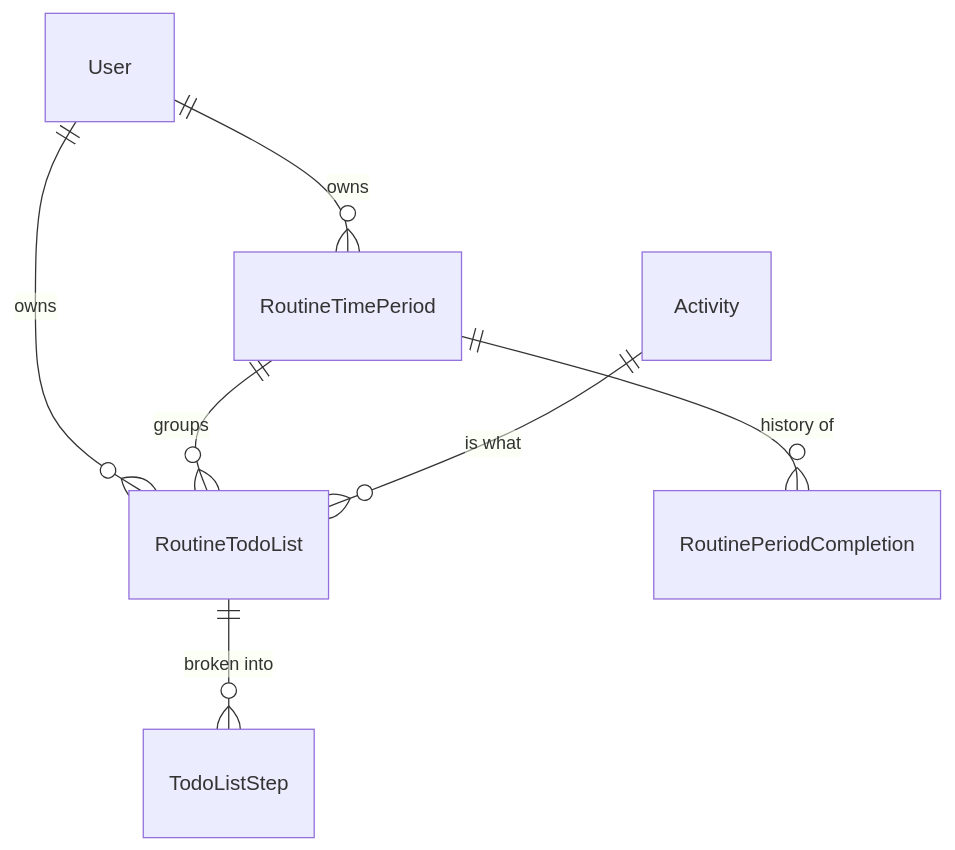
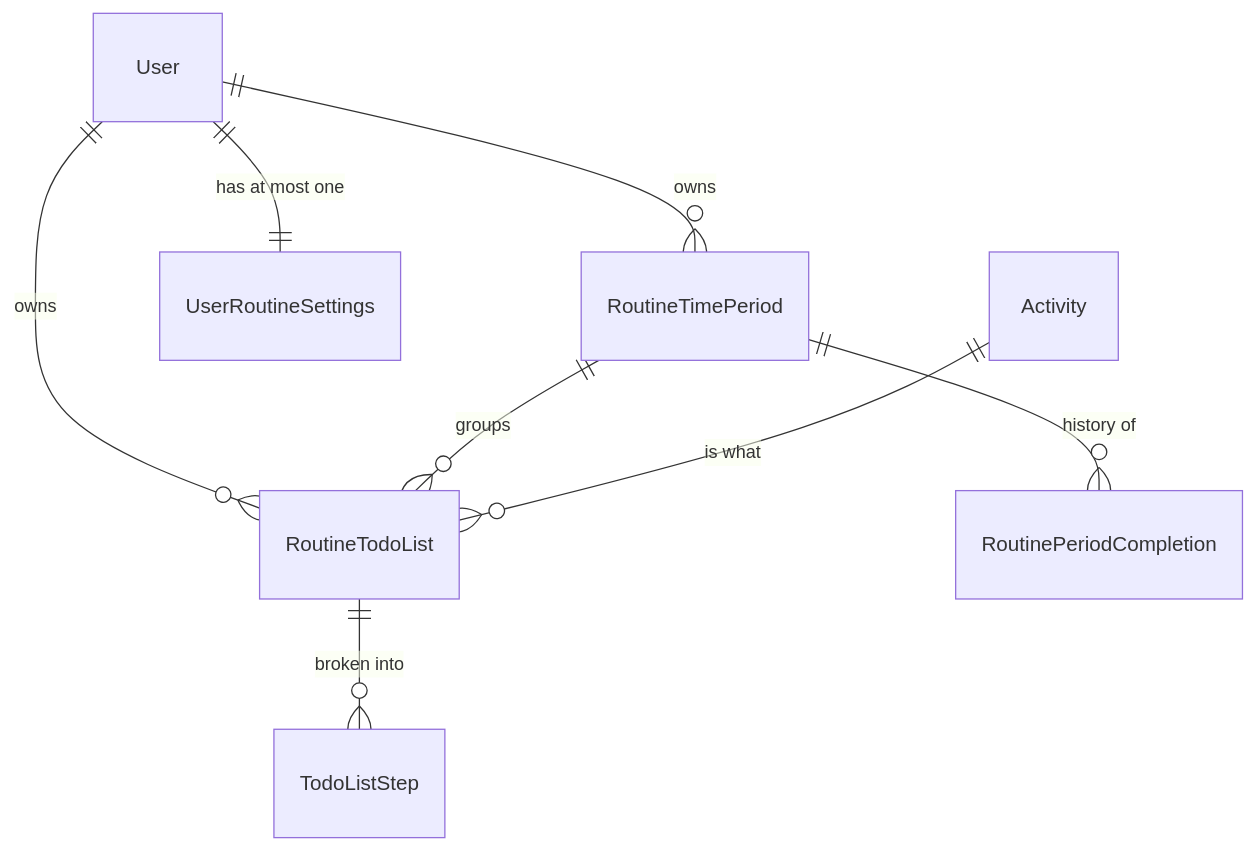
The diagram in AdhdTimeOrganizer.Routines/docs/domain-map.md (sydowwe/AdhdTimeOrganizer_backend), drawn with Mermaid before and after one commit. The commit also changed other lines of this file and 4 other files, not shown here.

````diff
--- a/AdhdTimeOrganizer.Routines/docs/domain-map.md
+++ b/AdhdTimeOrganizer.Routines/docs/domain-map.md
@@ -7,10 +10,11 @@
 ```mermaid
 erDiagram
     User ||--o{ RoutineTimePeriod : owns
     User ||--o{ RoutineTodoList : owns
+    User ||--|| UserRoutineSettings : "has at most one"
 
     RoutineTimePeriod ||--o{ RoutineTodoList : groups
     RoutineTimePeriod ||--o{ RoutinePeriodCompletion : "history of"
     Activity ||--o{ RoutineTodoList : "is what"
     RoutineTodoList ||--o{ TodoListStep : "broken into"
 ```
````
